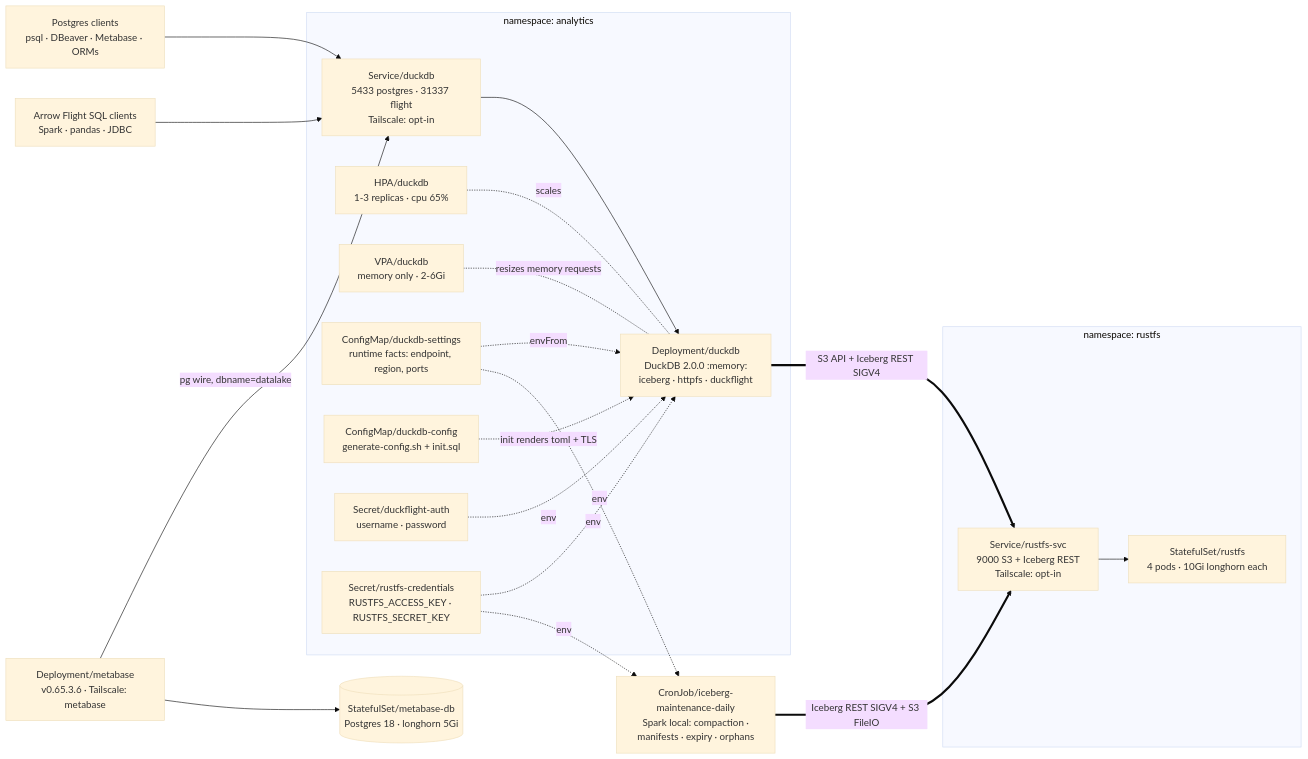
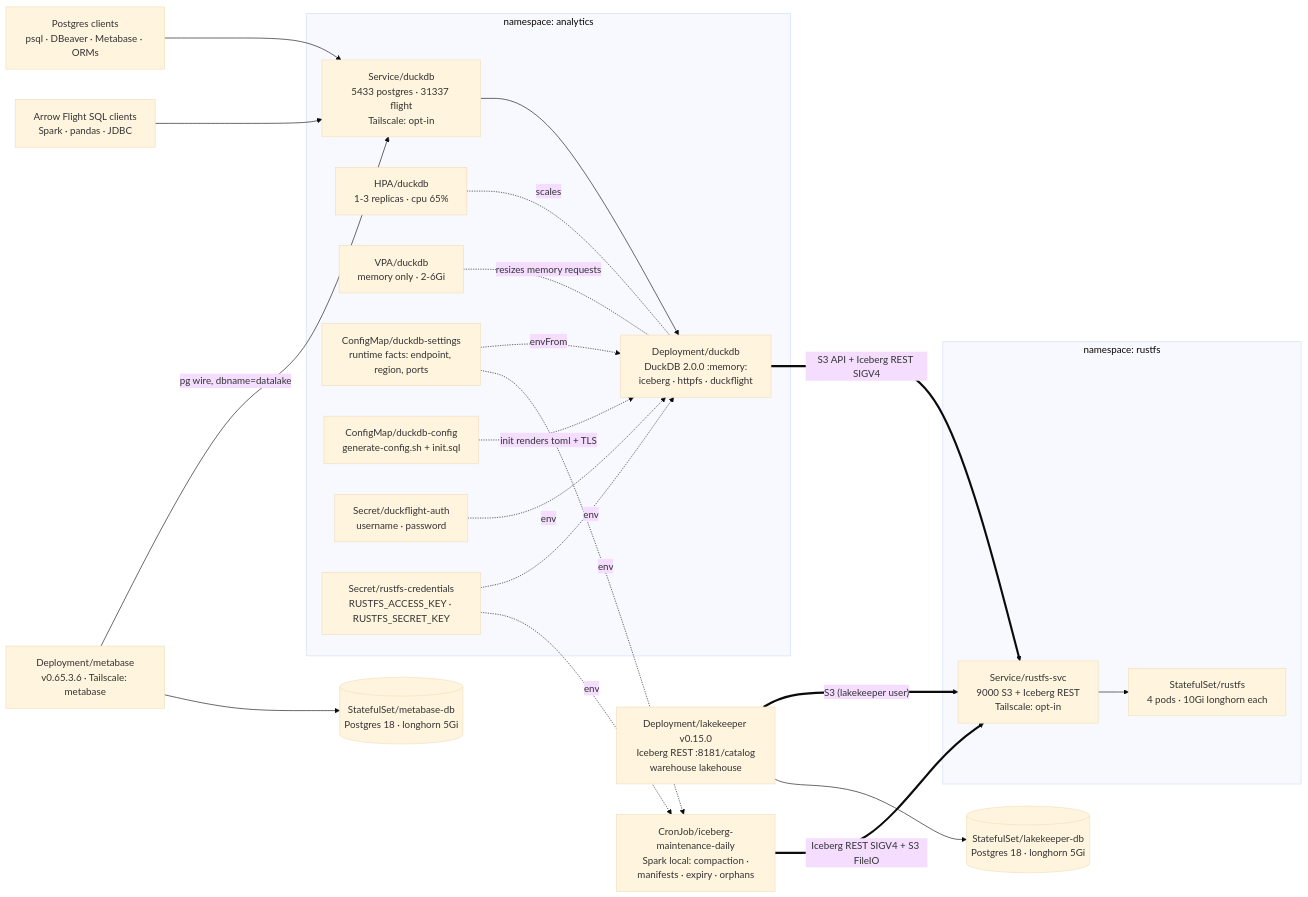
The first of 3 diagrams in README.md (daun-gatal/analytics), drawn with Mermaid (base theme) before and after one commit. The commit also changed other lines of this file and 6 other files, not shown here.

````diff
--- a/README.md
+++ b/README.md
@@ -37,39 +37,41 @@
 ```mermaid
 flowchart LR
     PG["Postgres clients<br/>psql · DBeaver · Metabase · ORMs"]
     FS["Arrow Flight SQL clients<br/>Spark · pandas · JDBC"]
 
     subgraph ANALYTICS["namespace: analytics"]
         SVC["Service/duckdb<br/>5433 postgres · 31337 flight<br/>Tailscale: opt-in"]
         DUCK["Deployment/duckdb<br/>DuckDB 2.0.0 :memory:<br/>iceberg · httpfs · duckflight"]
         HPA["HPA/duckdb<br/>1-3 replicas · cpu 65%"]
         VPA["VPA/duckdb<br/>memory only · 2-6Gi"]
         SETTINGS["ConfigMap/duckdb-settings<br/>runtime facts: endpoint, region, ports"]
         CFG["ConfigMap/duckdb-config<br/>generate-config.sh + init.sql"]
         AUTH["Secret/duckflight-auth<br/>username · password"]
         CREDS["Secret/rustfs-credentials<br/>RUSTFS_ACCESS_KEY · RUSTFS_SECRET_KEY"]
     end
 
     subgraph RUSTFS["namespace: rustfs"]
         RSVC["Service/rustfs-svc<br/>9000 S3 + Iceberg REST<br/>Tailscale: opt-in"]
         STS["StatefulSet/rustfs<br/>4 pods · 10Gi longhorn each"]
     end
 
     PG --> SVC
     MB["Deployment/metabase<br/>v0.65.3.6 · Tailscale: metabase"] -- "pg wire, dbname=datalake" --> SVC
     MB --> MBDB[("StatefulSet/metabase-db<br/>Postgres 18 · longhorn 5Gi")]
     FS --> SVC
     SVC --> DUCK
     HPA -. scales .- DUCK
     VPA -. resizes memory requests .- DUCK
     SETTINGS -. envFrom .-> DUCK
     CFG -. init renders toml + TLS .-> DUCK
     AUTH -. env .-> DUCK
     CREDS -. env .-> DUCK
     DUCK == "S3 API + Iceberg REST SIGV4" ==> RSVC
     MAINT["CronJob/iceberg-maintenance-daily<br/>Spark local: compaction ·<br/>manifests · expiry · orphans"]
     CREDS -. env .-> MAINT
     SETTINGS -. env .-> MAINT
     MAINT == "Iceberg REST SIGV4 + S3 FileIO" ==> RSVC
     RSVC --> STS
+    LK["Deployment/lakekeeper v0.15.0<br/>Iceberg REST :8181/catalog<br/>warehouse lakehouse"] == "S3 (lakekeeper user)" ==> RSVC
+    LK --> LKDB[("StatefulSet/lakekeeper-db<br/>Postgres 18 · longhorn 5Gi")]
 ```
````
